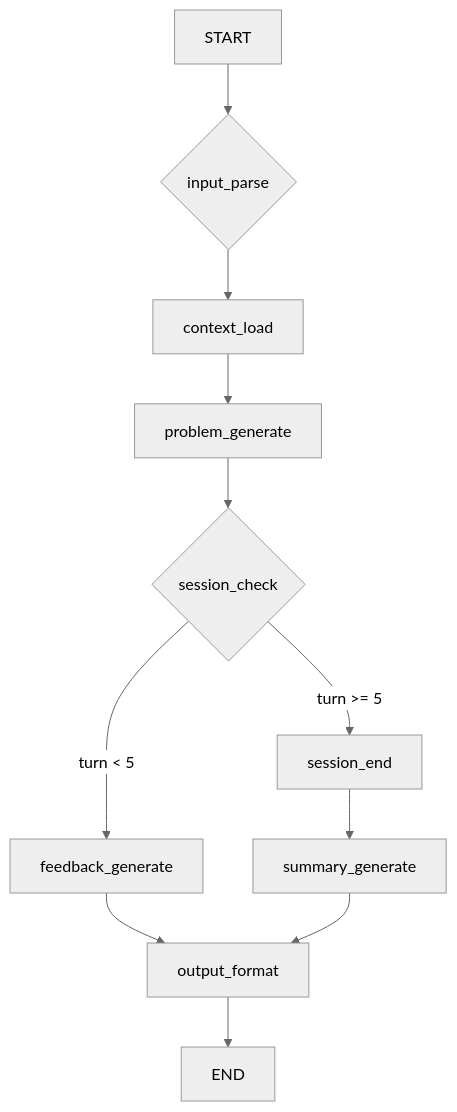
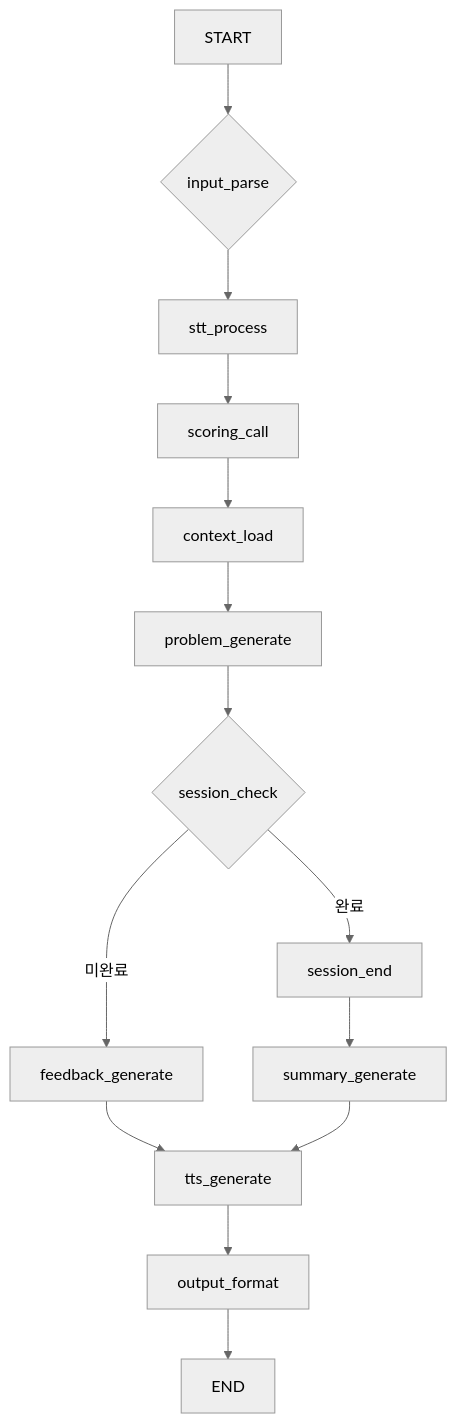
The fourth of 6 diagrams in 03_AI_Pipeline_Design.md (2026SeSAC-Oracle-Team2/Documentations), drawn with Mermaid (neutral theme) before and after one commit. The commit also changed other lines of this file and 7 other files, not shown here.

````diff
--- a/03_AI_Pipeline_Design.md
+++ b/03_AI_Pipeline_Design.md
@@ -227,13 +383,16 @@
 ```mermaid
 graph TD
     A[START] --> B{input_parse}
-    B --> C[context_load]
-    C --> D[problem_generate]
-    D --> E{session_check}
-    E -->|turn < 5| F[feedback_generate]
-    E -->|turn >= 5| G[session_end]
-    F --> H[output_format]
-    G --> I[summary_generate]
-    I --> H
-    H --> J[END]
+    B --> C[stt_process]
+    C --> D[scoring_call]
+    D --> E[context_load]
+    E --> F[problem_generate]
+    F --> G{session_check}
+    G -->|미완료| H[feedback_generate]
+    G -->|완료| I[session_end]
+    H --> J[tts_generate]
+    I --> K[summary_generate]
+    K --> J
+    J --> L[output_format]
+    L --> M[END]
 ```
````
